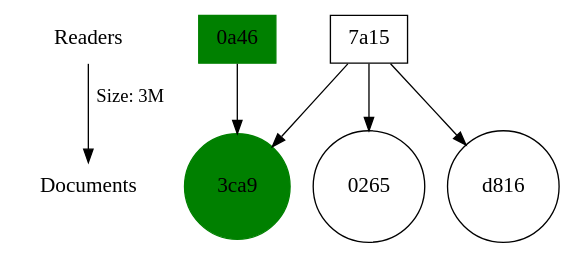
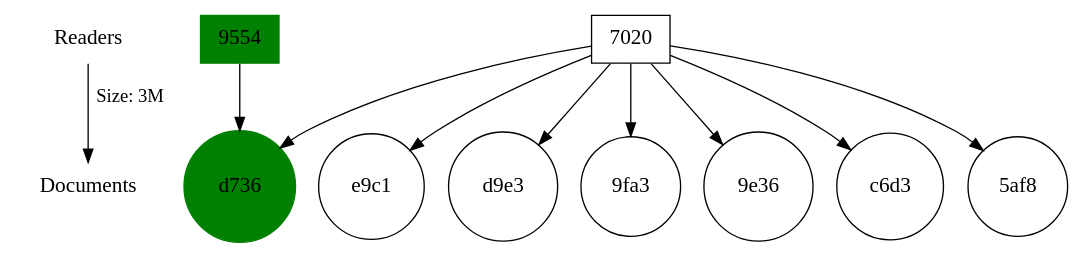
The diagram in test-output.gv (duncstin/F21SC_Coursework2), drawn with Graphviz before and after one commit. The commit also changed 5 other files, not shown here.

```diff
--- a/test-output.gv
+++ b/test-output.gv
@@ -1,17 +1,33 @@
 strict digraph "Also likes" {
 	node [fontsize=16 shape=plaintext]
 	r [label=Readers]
 	d [label=Documents]
 	r -> d [label="Size: 3M"]
-	"3ca9" [label="3ca9" color=green rank=d shape=circle style=filled]
-	"0a46" [label="0a46" color=green rank=r shape=box style=filled]
-	"0a46" -> "3ca9"
-	0265 [label=0265 rank=d shape=circle]
-	"7a15" [label="7a15" rank=r shape=box]
-	"7a15" -> 0265
-	"7a15" -> "3ca9"
-	d816 [label=d816 rank=d shape=circle]
-	"7a15" [label="7a15" rank=r shape=box]
-	"7a15" -> d816
-	"7a15" -> "3ca9"
+	d736 [label=d736 color=green rank=d shape=circle style=filled]
+	9554 [label=9554 color=green rank=r shape=box style=filled]
+	9554 -> d736
+	e9c1 [label=e9c1 rank=d shape=circle]
+	7020 [label=7020 rank=r shape=box]
+	7020 -> e9c1
+	7020 -> d736
+	d9e3 [label=d9e3 rank=d shape=circle]
+	7020 [label=7020 rank=r shape=box]
+	7020 -> d9e3
+	7020 -> d736
+	"9fa3" [label="9fa3" rank=d shape=circle]
+	7020 [label=7020 rank=r shape=box]
+	7020 -> "9fa3"
+	7020 -> d736
+	"9e36" [label="9e36" rank=d shape=circle]
+	7020 [label=7020 rank=r shape=box]
+	7020 -> "9e36"
+	7020 -> d736
+	c6d3 [label=c6d3 rank=d shape=circle]
+	7020 [label=7020 rank=r shape=box]
+	7020 -> c6d3
+	7020 -> d736
+	"5af8" [label="5af8" rank=d shape=circle]
+	7020 [label=7020 rank=r shape=box]
+	7020 -> "5af8"
+	7020 -> d736
 }
```
